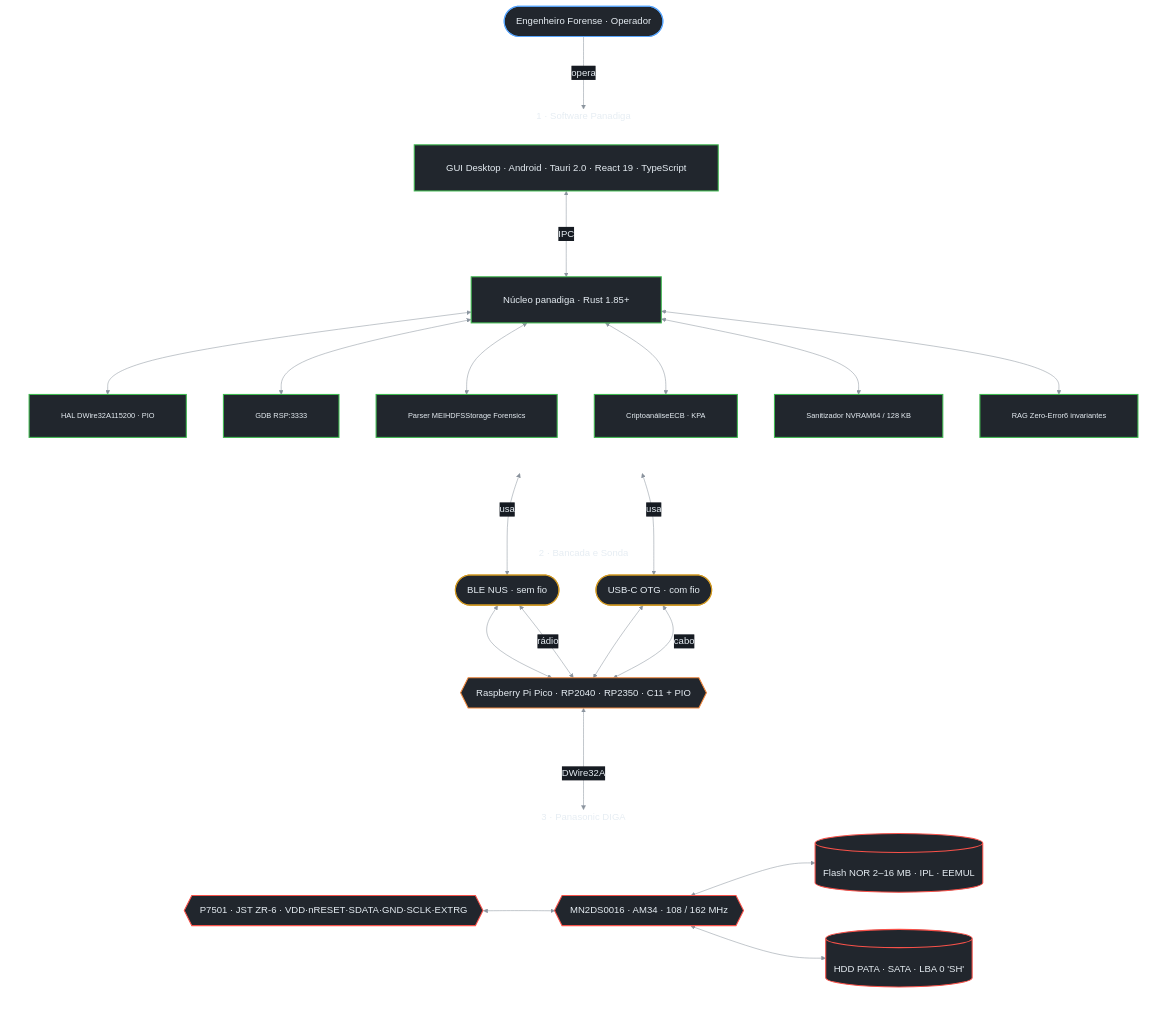
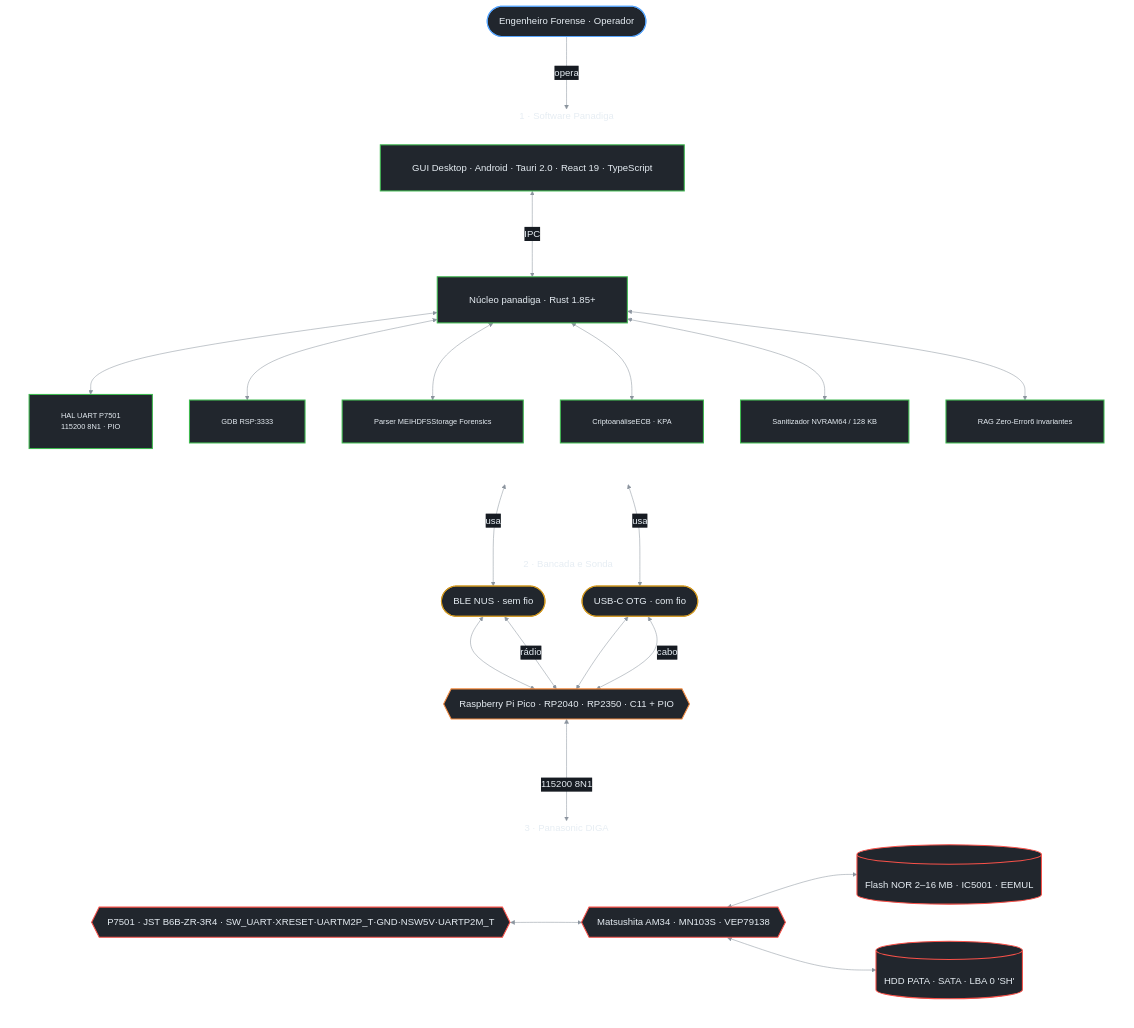
One commit to danielchrono/Panadiga changed the diagram in README.pt-BR.md. Above: the diagram before and after it, drawn with Mermaid. The commit also changed other lines of this file and 775 other files, not shown here.

````diff
--- a/README.pt-BR.md
+++ b/README.pt-BR.md
@@ -45,70 +41,70 @@
 ```mermaid
 %%{init: {'theme':'base','themeCSS':'.edgeLabel span, .edgeLabel div, .edgeLabel p { white-space: nowrap !important; }','themeVariables':{'fontFamily':'ui-monospace, SFMono-Regular, Menlo, monospace','fontSize':'18px','background':'#161b22','primaryColor':'#21262d','primaryTextColor':'#e6edf3','primaryBorderColor':'#484f58','lineColor':'#8b949e','secondaryColor':'#21262d','tertiaryColor':'#21262d','edgeLabelBackground':'#161b22','titleColor':'#e6edf3'},'flowchart':{'htmlLabels':true,'useMaxWidth':false,'wrappingWidth':4000,'nodeSpacing':70,'rankSpacing':110,'curve':'basis','padding':30}}}%%
 flowchart TD
     USER(["Engenheiro Forense · Operador"])
 
     subgraph SOFTWARE_SUITE["1 · Software Panadiga"]
         direction TB
         GUI["GUI Desktop · Android · Tauri 2.0 · React 19 · TypeScript"]
         CLI["Núcleo panadiga · Rust 1.85+"]
         GUI <--> |"IPC"| CLI
 
-        DW_HAL["HAL DWire32A115200 · PIO"]
+        P7501_HAL["HAL UART P7501<br/>115200 8N1 · PIO"]
         GDB_SRV["GDB RSP:3333"]
         MEIHDFS["Parser MEIHDFSStorage Forensics"]
         CRYPTO["CriptoanáliseECB · KPA"]
         NVRAM["Sanitizador NVRAM64 / 128 KB"]
         RAG["RAG Zero-Error6 invariantes"]
 
-        CLI <--> DW_HAL
+        CLI <--> P7501_HAL
         CLI <--> GDB_SRV
         CLI <--> MEIHDFS
         CLI <--> CRYPTO
         CLI <--> NVRAM
         CLI <--> RAG
     end
 
     subgraph LAB_BENCH["2 · Bancada e Sonda"]
         BLE(["BLE NUS · sem fio"])
         USB(["USB-C OTG · com fio"])
         PICO{{"Raspberry Pi Pico · RP2040 · RP2350 · C11 + PIO"}}
         BLE <--> PICO
         USB <--> PICO
     end
 
     subgraph TARGET_HARDWARE["3 · Panasonic DIGA"]
         direction LR
-        P7501{{"P7501 · JST ZR-6 · VDD·nRESET·SDATA·GND·SCLK·EXTRG"}}
-        AM34{{"MN2DS0016 · AM34 · 108 / 162 MHz"}}
-        FLASH[("Flash NOR 2–16 MB · IPL · EEMUL")]
+        P7501{{"P7501 · JST B6B-ZR-3R4 · SW_UART·XRESET·UARTM2P_T·GND·NSW5V·UARTP2M_T"}}
+        AM34{{"Matsushita AM34 · MN103S · VEP79138"}}
+        FLASH[("Flash NOR 2–16 MB · IC5001 · EEMUL")]
         HDD[("HDD PATA · SATA · LBA 0 'SH'")]
         P7501 <--> AM34
         AM34 <--> FLASH
         AM34 <--> HDD
     end
 
     USER --> |"opera"| GUI
     GUI <--> |"usa"| BLE
     GUI <--> |"usa"| USB
     BLE <--> |"rádio"| PICO
     USB <--> |"cabo"| PICO
-    PICO <--> |"DWire32A"| P7501
+    PICO <--> |"115200 8N1"| P7501
 
     classDef lab       fill:#21262d,stroke:#58a6ff,color:#e6edf3,stroke-width:2px
     classDef transport fill:#21262d,stroke:#d29922,color:#e6edf3,stroke-width:2px
     classDef probe     fill:#21262d,stroke:#f0883e,color:#e6edf3,stroke-width:2px
     classDef sw        fill:#21262d,stroke:#3fb950,color:#e6edf3,stroke-width:2px
     classDef swc       fill:#21262d,stroke:#3fb950,color:#e6edf3,stroke-width:2px,font-size:14px
     classDef tgt       fill:#21262d,stroke:#f85149,color:#e6edf3,stroke-width:2px
 
     class USER lab
     class GUI,CLI sw
-    class DW_HAL,GDB_SRV,MEIHDFS,CRYPTO,NVRAM,RAG swc
+    class P7501_HAL,GDB_SRV,MEIHDFS,CRYPTO,NVRAM,RAG swc
     class BLE,USB transport
     class PICO probe
     class P7501,AM34,FLASH,HDD tgt
 
     style SOFTWARE_SUITE fill:transparent,stroke-width:0px
     style LAB_BENCH fill:transparent,stroke-width:0px
     style TARGET_HARDWARE fill:transparent,stroke-width:0px
 ```
````
